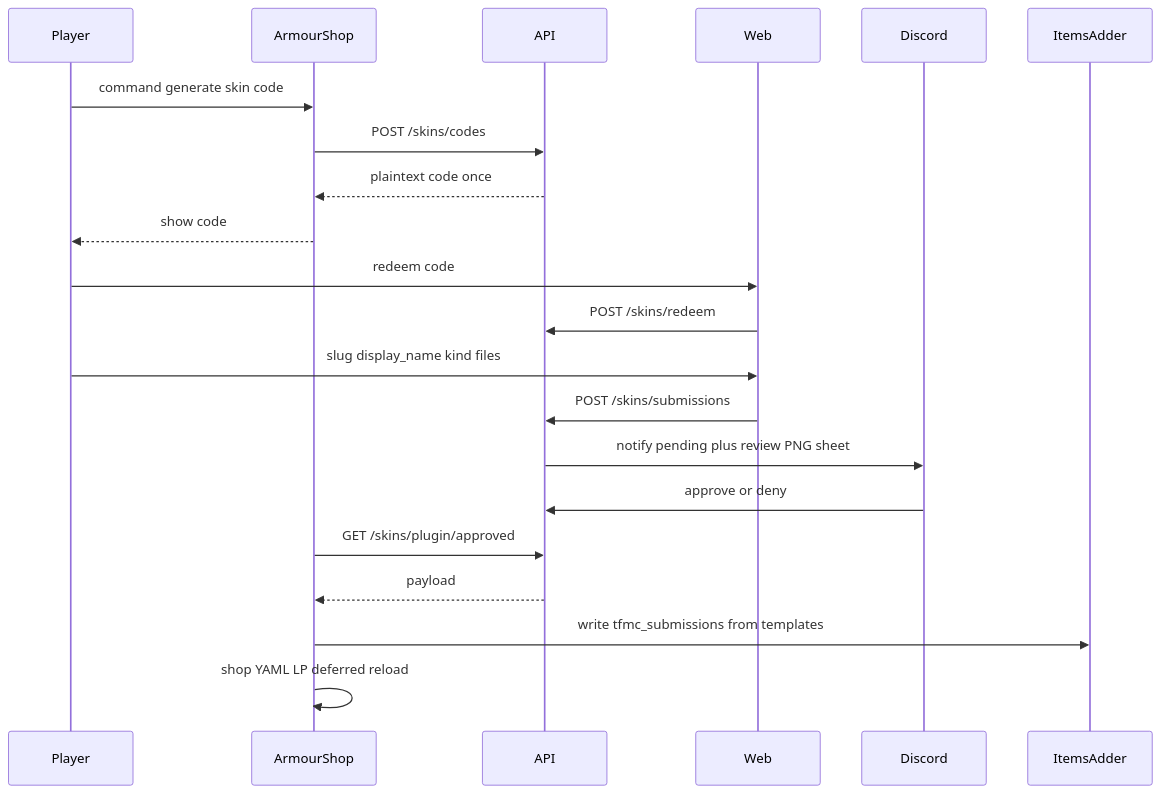
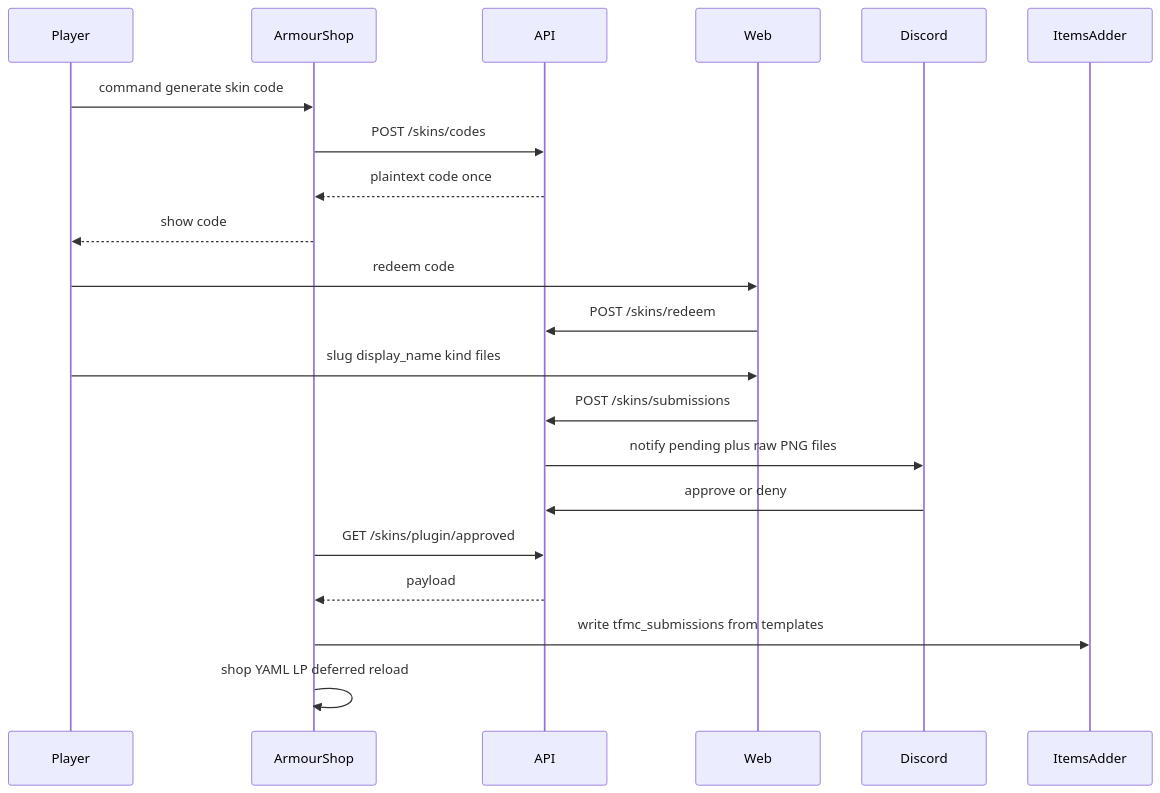
Before and after one commit to Drefvelin/ProvinceSystem: the diagram in Planning/05-skins-system.md, drawn with Mermaid. The commit also changed other lines of this file and 23 other files, not shown here.

````diff
--- a/Planning/05-skins-system.md
+++ b/Planning/05-skins-system.md
@@ -43,24 +43,24 @@
 ```mermaid
 sequenceDiagram
   participant Player
   participant AS as ArmourShop
   participant API
   participant Web
   participant Discord
   participant IA as ItemsAdder
 
   Player->>AS: command generate skin code
   AS->>API: POST /skins/codes
   API-->>AS: plaintext code once
   AS-->>Player: show code
   Player->>Web: redeem code
   Web->>API: POST /skins/redeem
   Player->>Web: slug display_name kind files
   Web->>API: POST /skins/submissions
-  API->>Discord: notify pending plus review PNG sheet
+  API->>Discord: notify pending plus raw PNG files
   Discord->>API: approve or deny
   AS->>API: GET /skins/plugin/approved
   API-->>AS: payload
   AS->>IA: write tfmc_submissions from templates
   AS->>AS: shop YAML LP deferred reload
 ```
````
